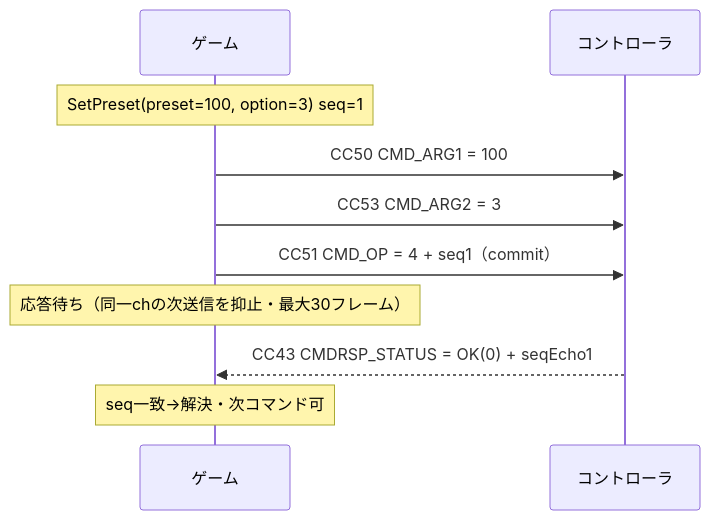
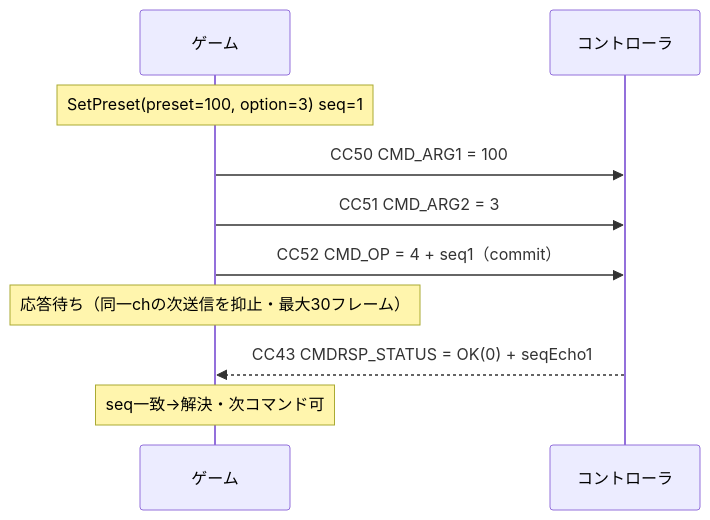
The first of 4 diagrams in docs/specs/midi-mapping.md (sanlike0911/pyMidiSimulator), drawn with Mermaid before and after one commit. The commit also changed other lines of this file and 6 other files, not shown here.

````diff
--- a/docs/specs/midi-mapping.md
+++ b/docs/specs/midi-mapping.md
@@ -270,12 +244,12 @@
 ```mermaid
 sequenceDiagram
     participant G as ゲーム
     participant C as コントローラ
     Note over G: SetPreset(preset=100, option=3) seq=1
     G->>C: CC50 CMD_ARG1 = 100
-    G->>C: CC53 CMD_ARG2 = 3
-    G->>C: CC51 CMD_OP = 4 + seq1（commit）
+    G->>C: CC51 CMD_ARG2 = 3
+    G->>C: CC52 CMD_OP = 4 + seq1（commit）
     Note over G: 応答待ち（同一chの次送信を抑止・最大30フレーム）
     C-->>G: CC43 CMDRSP_STATUS = OK(0) + seqEcho1
     Note over G: seq一致→解決・次コマンド可
 ```
````
